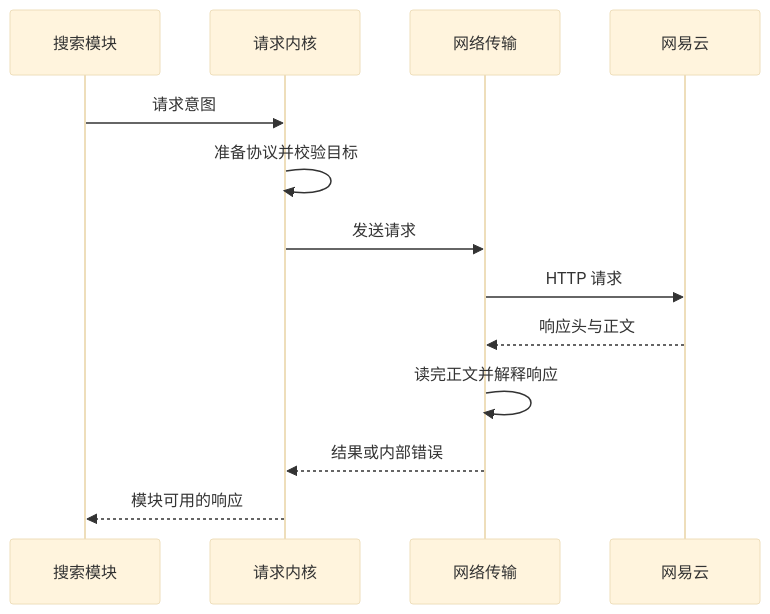
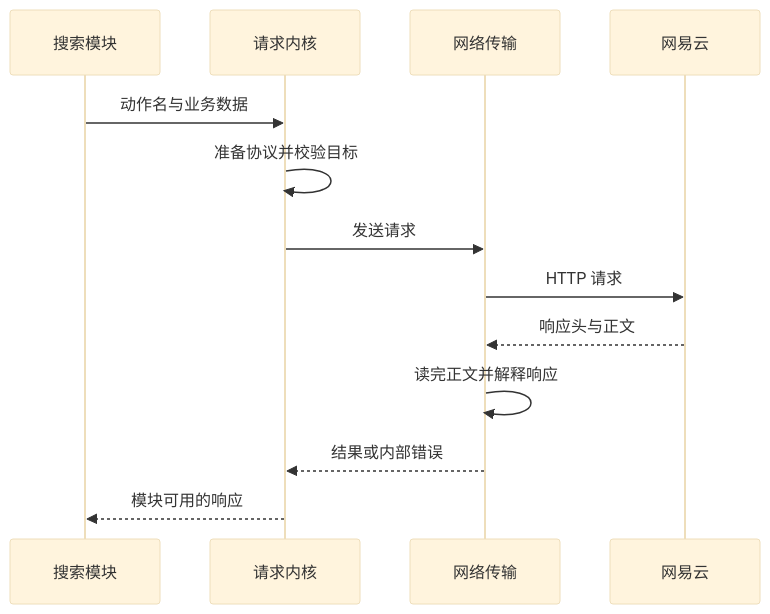
One commit to nonhana/hana-music-api changed the third of 5 diagrams in website/guide/request-layer-overview.md. Above: the diagram before and after it, drawn with Mermaid (base theme). The commit also changed other lines of this file and 604 other files, not shown here.

````diff
--- a/website/guide/request-layer-overview.md
+++ b/website/guide/request-layer-overview.md
@@ -68,15 +71,15 @@
 ```mermaid
 sequenceDiagram
   participant Module as 搜索模块
   participant Core as 请求内核
   participant Transport as 网络传输
   participant Upstream as 网易云
-  Module->>Core: 请求意图
+  Module->>Core: 动作名与业务数据
   Core->>Core: 准备协议并校验目标
   Core->>Transport: 发送请求
   Transport->>Upstream: HTTP 请求
   Upstream-->>Transport: 响应头与正文
   Transport->>Transport: 读完正文并解释响应
   Transport-->>Core: 结果或内部错误
   Core-->>Module: 模块可用的响应
 ```
````
